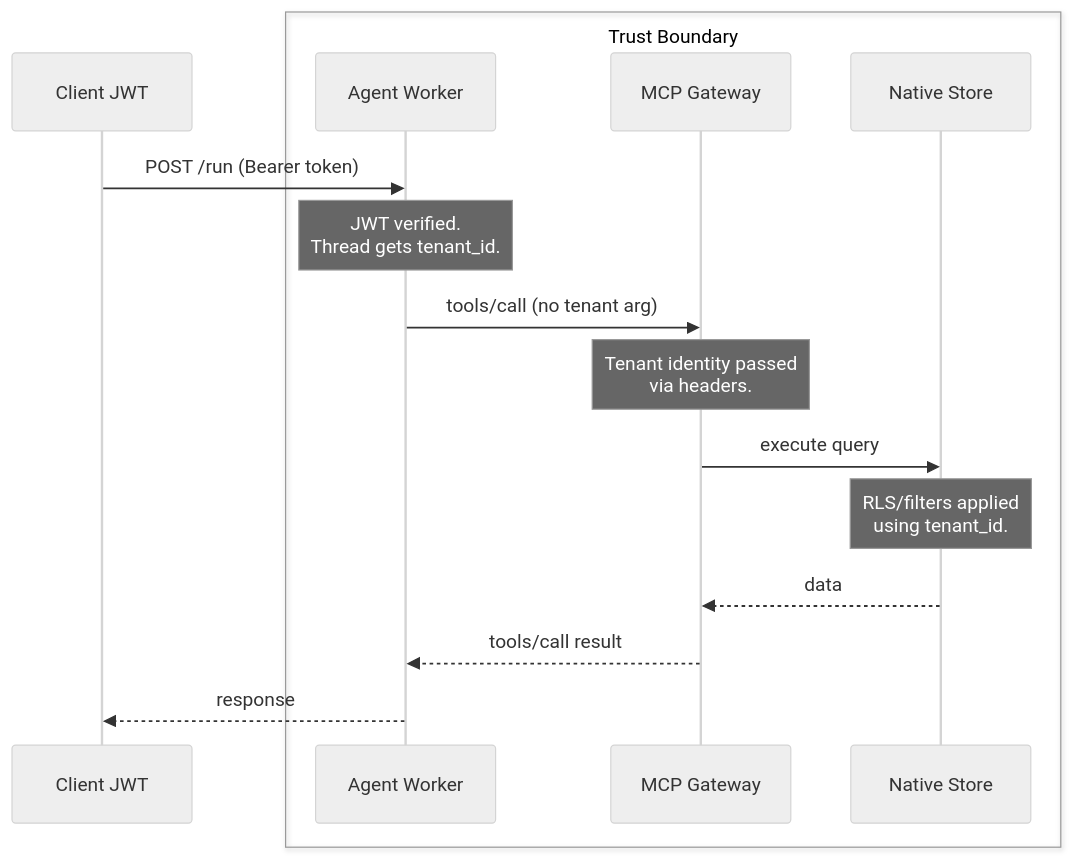
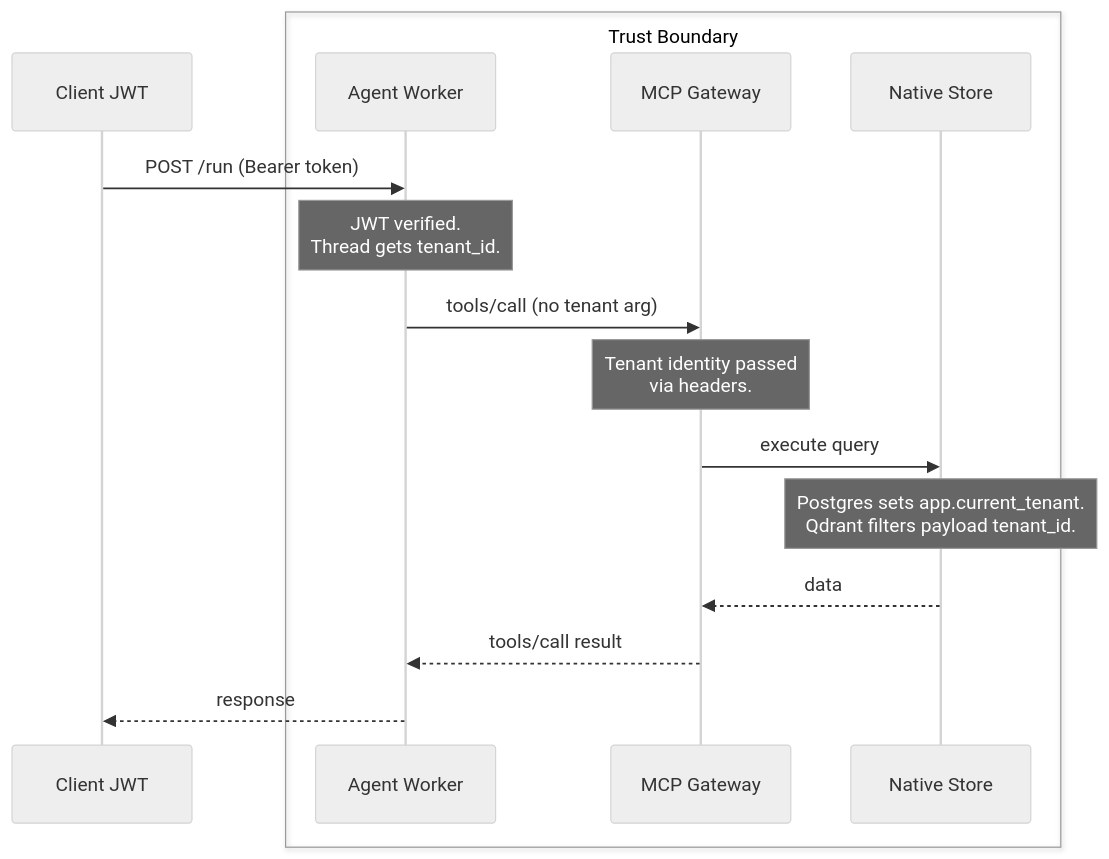
One commit to devopssquaddev/zelkor-platform changed the diagram in docs/architecture-tenants.md. Above: the diagram before and after it, drawn with Mermaid. The commit also changed other lines of this file and 15 other files, not shown here.

````diff
--- a/docs/architecture-tenants.md
+++ b/docs/architecture-tenants.md
@@ -24,25 +24,25 @@
 ```mermaid
 ---
 config:
   theme: neutral
 ---
 sequenceDiagram
     participant Client as Client JWT
     box Trust Boundary
         participant Wrap as Agent Worker
         participant MCP as MCP Gateway
         participant Store as Native Store
     end
 
     Client->>Wrap: POST /run (Bearer token)
     Note over Wrap: JWT verified.<br/>Thread gets tenant_id.
     
     Wrap->>MCP: tools/call (no tenant arg)
     Note over MCP: Tenant identity passed<br/>via headers.
     
     MCP->>Store: execute query
-    Note over Store: RLS/filters applied<br/>using tenant_id.
+    Note over Store: Postgres sets app.current_tenant.<br/>Qdrant filters payload tenant_id.
     Store-->>MCP: data
     MCP-->>Wrap: tools/call result
     Wrap-->>Client: response
 ```
````
